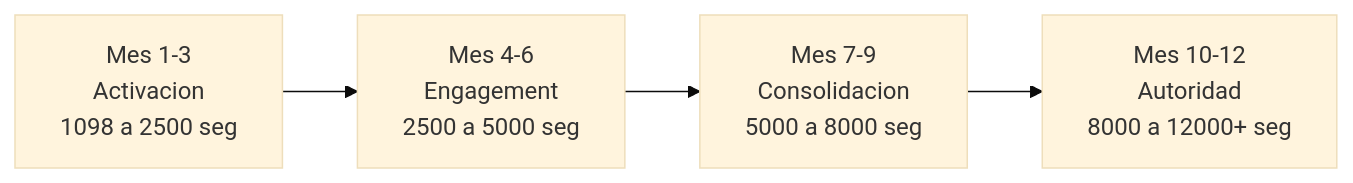
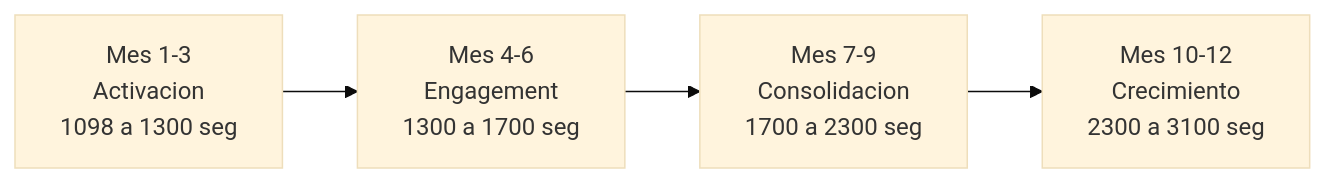
The diagram in README.md (jesymca/elpatio.of), drawn with Mermaid (base theme) before and after one commit. The commit also changed other lines of this file, not shown here.

Commit message:
Calendario de Crecimiento Proyectado (12 meses)

````diff
--- a/README.md
+++ b/README.md
@@ -193,14 +193,14 @@
 ```mermaid
 graph LR
     A["Mes 1-3
     Activacion
-    1098 a 2500 seg"] --> B["Mes 4-6
+    1098 a 1300 seg"] --> B["Mes 4-6
     Engagement
-    2500 a 5000 seg"]
+    1300 a 1700 seg"]
     B --> C["Mes 7-9
     Consolidacion
-    5000 a 8000 seg"]
+    1700 a 2300 seg"]
     C --> D["Mes 10-12
-    Autoridad
-    8000 a 12000+ seg"]
+    Crecimiento
+    2300 a 3100 seg"]
 ```
````
